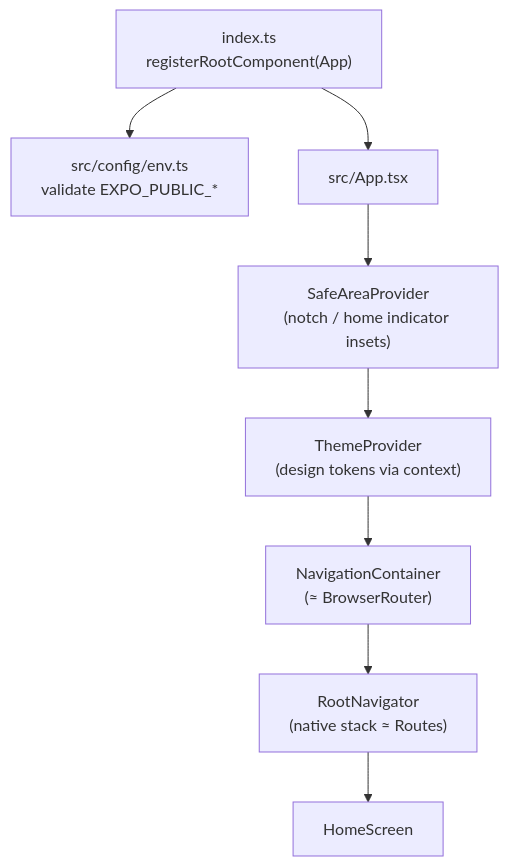
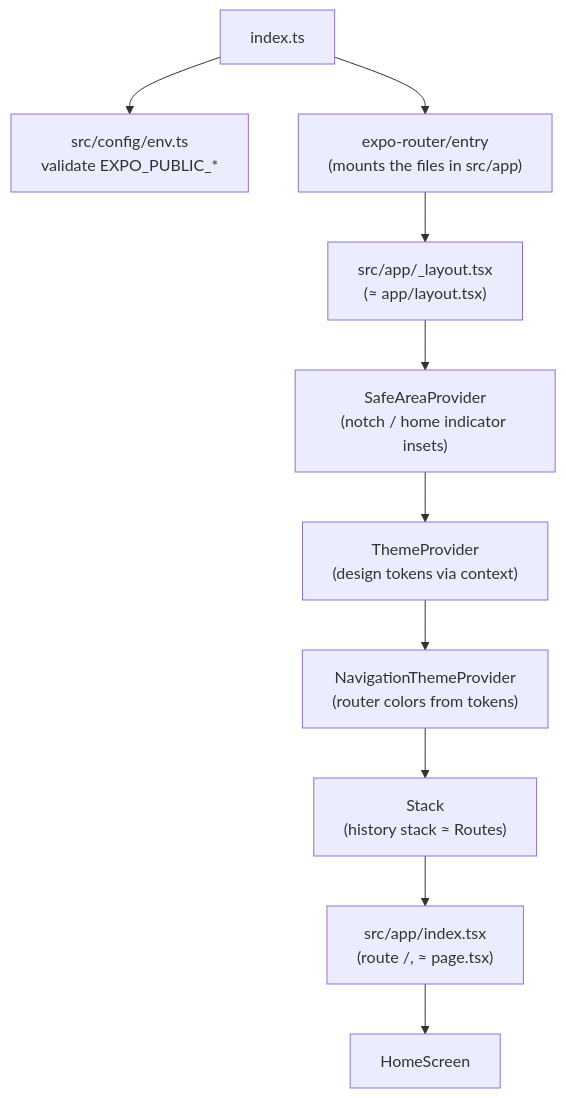
Before and after one commit to IgorKazakovDev/GreetDay: the sixth of 10 diagrams in docs/onboarding.md, drawn with Mermaid. The commit also changed other lines of this file and 11 other files, not shown here.

Commit message:
docs(mobile): record Expo Router in ADR 0005 and update docs (#259)

````diff
--- a/docs/onboarding.md
+++ b/docs/onboarding.md
@@ -357,10 +357,12 @@
 ```mermaid
 flowchart TD
-  I["index.ts<br/>registerRootComponent(App)"] --> E["src/config/env.ts<br/>validate EXPO_PUBLIC_*"]
-  I --> A["src/App.tsx"]
-  A --> SA["SafeAreaProvider<br/>(notch / home indicator insets)"]
+  I["index.ts"] --> E["src/config/env.ts<br/>validate EXPO_PUBLIC_*"]
+  I --> X["expo-router/entry<br/>(mounts the files in src/app)"]
+  X --> L["src/app/_layout.tsx<br/>(≈ app/layout.tsx)"]
+  L --> SA["SafeAreaProvider<br/>(notch / home indicator insets)"]
   SA --> TP["ThemeProvider<br/>(design tokens via context)"]
-  TP --> NC["NavigationContainer<br/>(≈ BrowserRouter)"]
-  NC --> RN["RootNavigator<br/>(native stack ≈ Routes)"]
-  RN --> H["HomeScreen"]
+  TP --> NT["NavigationThemeProvider<br/>(router colors from tokens)"]
+  NT --> ST["Stack<br/>(history stack ≈ Routes)"]
+  ST --> P["src/app/index.tsx<br/>(route /, ≈ page.tsx)"]
+  P --> H["HomeScreen"]
 ```
````
